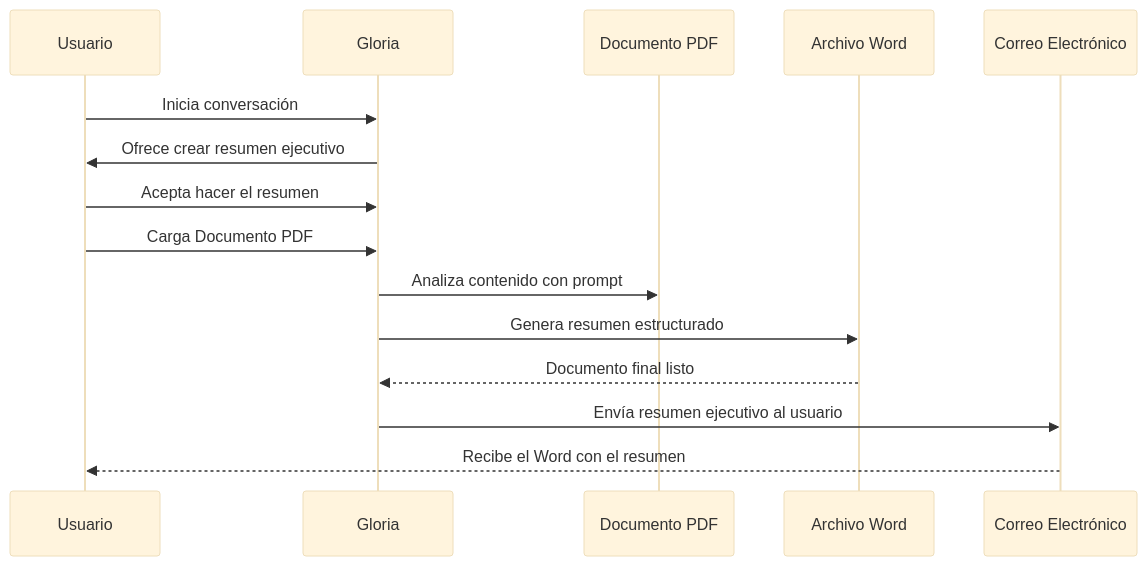
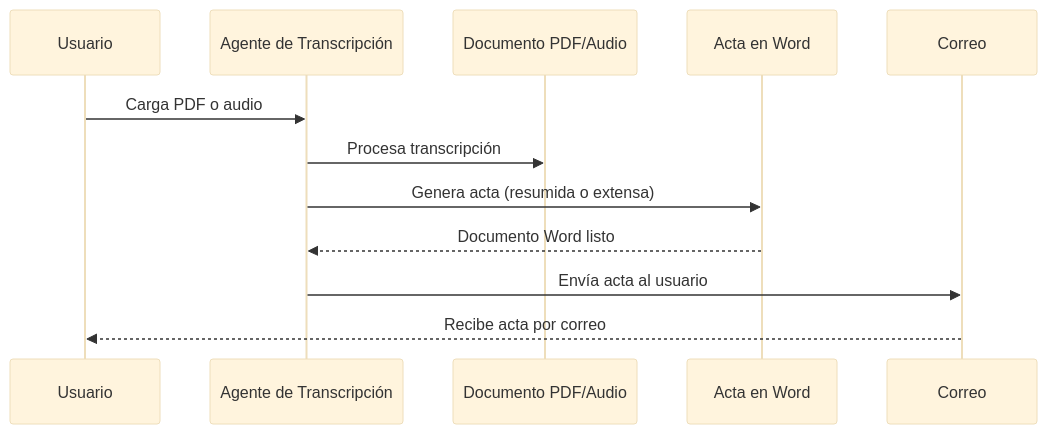
Before and after one commit to lab-innovacion-caf/Agentes: the second of 2 diagrams in README.md, drawn with Mermaid (base theme). The commit also changed other lines of this file, not shown here.

Commit message:
Update README.md Agente Transcripcion

````diff
--- a/README.md
+++ b/README.md
@@ -85,18 +84,15 @@
 ```mermaid
 sequenceDiagram
     participant Usuario
-    participant Gloria
-    participant PDF as Documento PDF
-    participant Word as Archivo Word
-    participant Email as Correo Electrónico
+    participant Agente as Agente de Transcripción
+    participant PDF as Documento PDF/Audio
+    participant Word as Acta en Word
+    participant Email as Correo
 
-    Usuario->>Gloria: Inicia conversación
-    Gloria->>Usuario: Ofrece crear resumen ejecutivo
-    Usuario->>Gloria: Acepta hacer el resumen
-    Usuario->>Gloria: Carga Documento PDF
-    Gloria->>PDF: Analiza contenido con prompt
-    Gloria->>Word: Genera resumen estructurado
-    Word-->>Gloria: Documento final listo
-    Gloria->>Email: Envía resumen ejecutivo al usuario
-    Email-->>Usuario: Recibe el Word con el resumen
+    Usuario->>Agente: Carga PDF o audio
+    Agente->>PDF: Procesa transcripción
+    Agente->>Word: Genera acta (resumida o extensa)
+    Word-->>Agente: Documento Word listo
+    Agente->>Email: Envía acta al usuario
+    Email-->>Usuario: Recibe acta por correo
 ```
````
